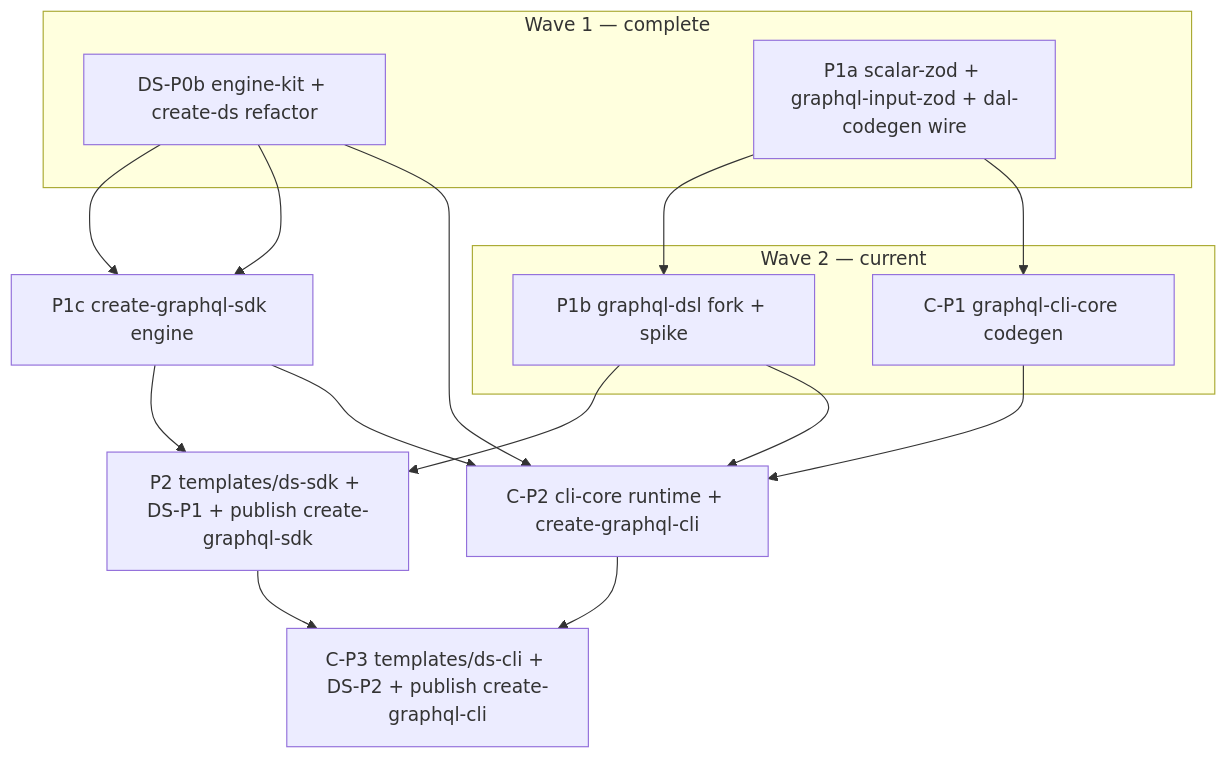
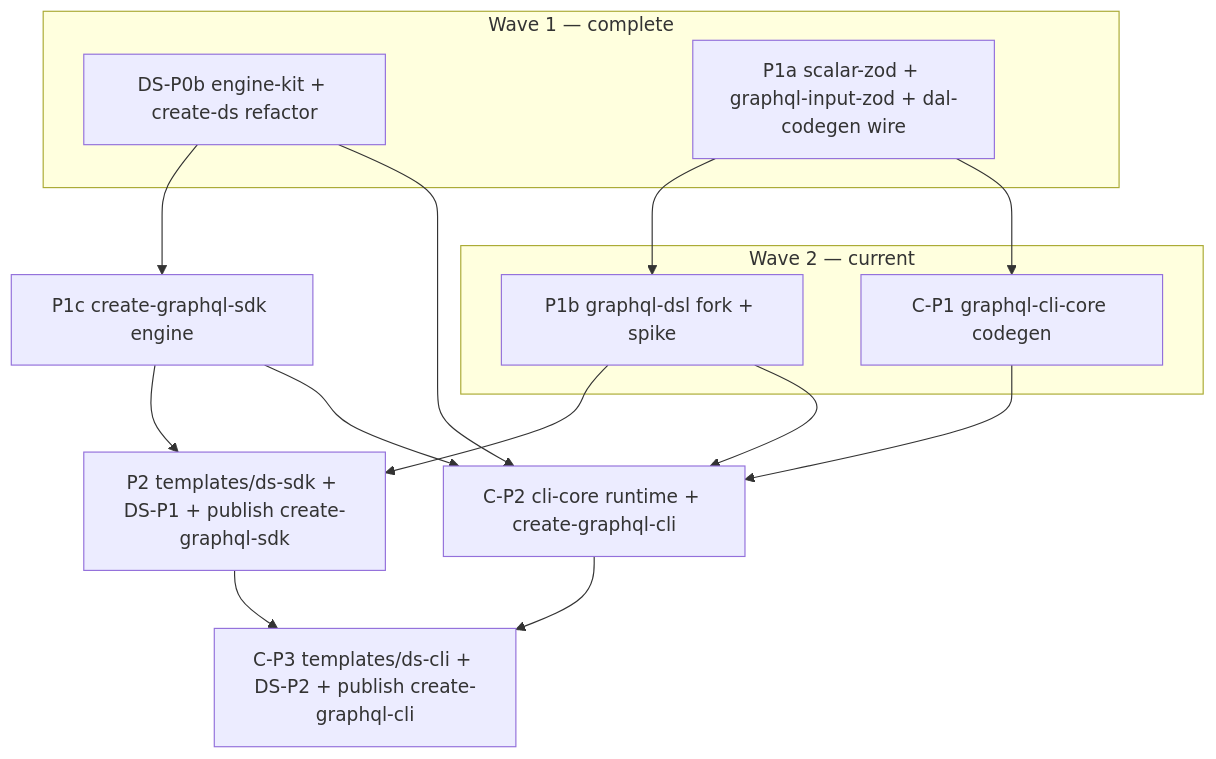
One commit to CorpDK/coding-templates changed the diagram in docs/developer/16-generator-implementation-roadmap.md. Above: the diagram before and after it, drawn with Mermaid. The commit also changed other lines of this file and 1 other file, not shown here.

Commit message:
no-mistakes(review): docs: fix roadmap factual drift

````diff
--- a/docs/developer/16-generator-implementation-roadmap.md
+++ b/docs/developer/16-generator-implementation-roadmap.md
@@ -27,27 +27,26 @@
 ```mermaid
 flowchart TB
   subgraph wave1 [Wave 1 — complete]
     DS-P0b[DS-P0b engine-kit + create-ds refactor]
     P1a[P1a scalar-zod + graphql-input-zod + dal-codegen wire]
   end
   subgraph wave2 [Wave 2 — current]
     P1b[P1b graphql-dsl fork + spike]
     C-P1[C-P1 graphql-cli-core codegen]
   end
   P1c[P1c create-graphql-sdk engine]
   P2[P2 templates/ds-sdk + DS-P1 + publish create-graphql-sdk]
   C-P2[C-P2 cli-core runtime + create-graphql-cli]
   C-P3[C-P3 templates/ds-cli + DS-P2 + publish create-graphql-cli]
   DS-P0b --> P1c
   P1a --> P1b
   P1a --> C-P1
-  DS-P0b --> P1c
   P1b --> P2
   P1c --> P2
   P1b --> C-P2
   P1c --> C-P2
   DS-P0b --> C-P2
   C-P1 --> C-P2
   P2 --> C-P3
   C-P2 --> C-P3
 ```
````
